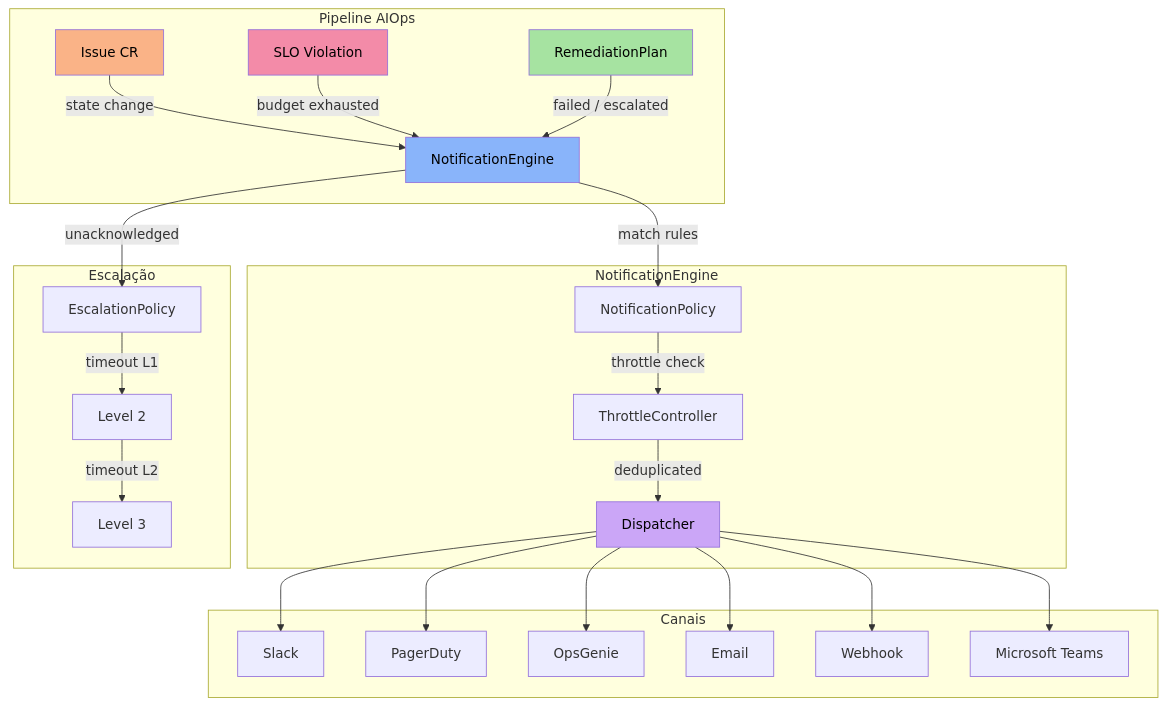
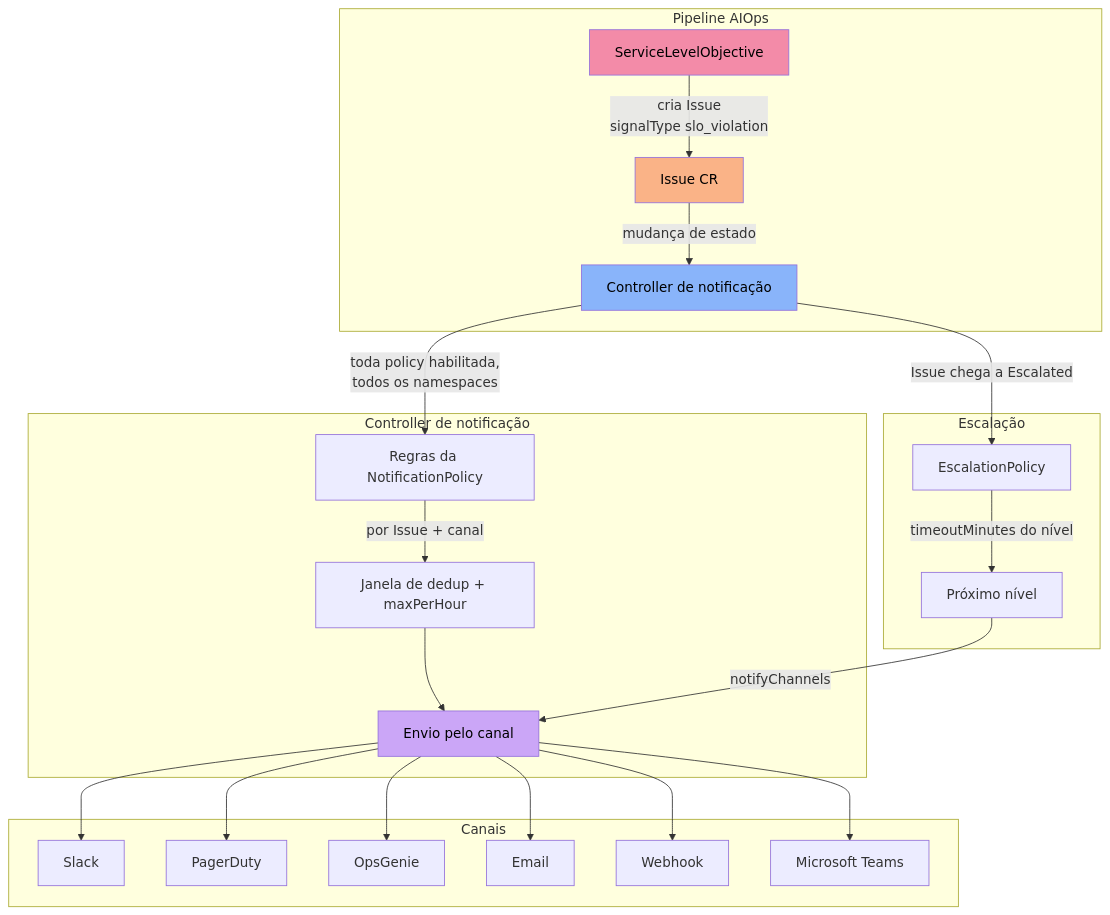
Before and after one commit to diillson/chatcli.ai: the first of 2 diagrams in pt/features/aiops/notifications.mdx, drawn with Mermaid. The commit also changed other lines of this file and 126 other files, not shown here.

````diff
--- a/pt/features/aiops/notifications.mdx
+++ b/pt/features/aiops/notifications.mdx
@@ -14,35 +14,33 @@
 ```mermaid
 graph TD
     subgraph "Pipeline AIOps"
-        ISS[Issue CR] -->|state change| NE[NotificationEngine]
-        SLO[SLO Violation] -->|budget exhausted| NE
-        RP[RemediationPlan] -->|failed / escalated| NE
+        ISS[Issue CR] -->|mudança de estado| NC[Controller de notificação]
+        SLO[ServiceLevelObjective] -->|cria Issue<br/>signalType slo_violation| ISS
     end
 
-    subgraph "NotificationEngine"
-        NE -->|match rules| NP[NotificationPolicy]
-        NP -->|throttle check| TC[ThrottleController]
-        TC -->|deduplicated| DISPATCH[Dispatcher]
+    subgraph "Controller de notificação"
+        NC -->|toda policy habilitada,<br/>todos os namespaces| NP[Regras da NotificationPolicy]
+        NP -->|por Issue + canal| TC[Janela de dedup + maxPerHour]
+        TC --> DISPATCH[Envio pelo canal]
     end
 
     subgraph "Canais"
         DISPATCH --> SLACK[Slack]
         DISPATCH --> PD[PagerDuty]
         DISPATCH --> OG[OpsGenie]
         DISPATCH --> EMAIL[Email]
         DISPATCH --> WH[Webhook]
         DISPATCH --> TEAMS[Microsoft Teams]
     end
 
     subgraph "Escalação"
-        NE -->|unacknowledged| EP[EscalationPolicy]
-        EP -->|timeout L1| L2[Level 2]
-        L2 -->|timeout L2| L3[Level 3]
+        NC -->|Issue chega a Escalated| EP[EscalationPolicy]
+        EP -->|timeoutMinutes do nível| L2[Próximo nível]
+        L2 -->|notifyChannels| DISPATCH
     end
 
     style ISS fill:#fab387,color:#000
     style SLO fill:#f38ba8,color:#000
-    style RP fill:#a6e3a1,color:#000
-    style NE fill:#89b4fa,color:#000
+    style NC fill:#89b4fa,color:#000
     style DISPATCH fill:#cba6f7,color:#000
 ```
````
